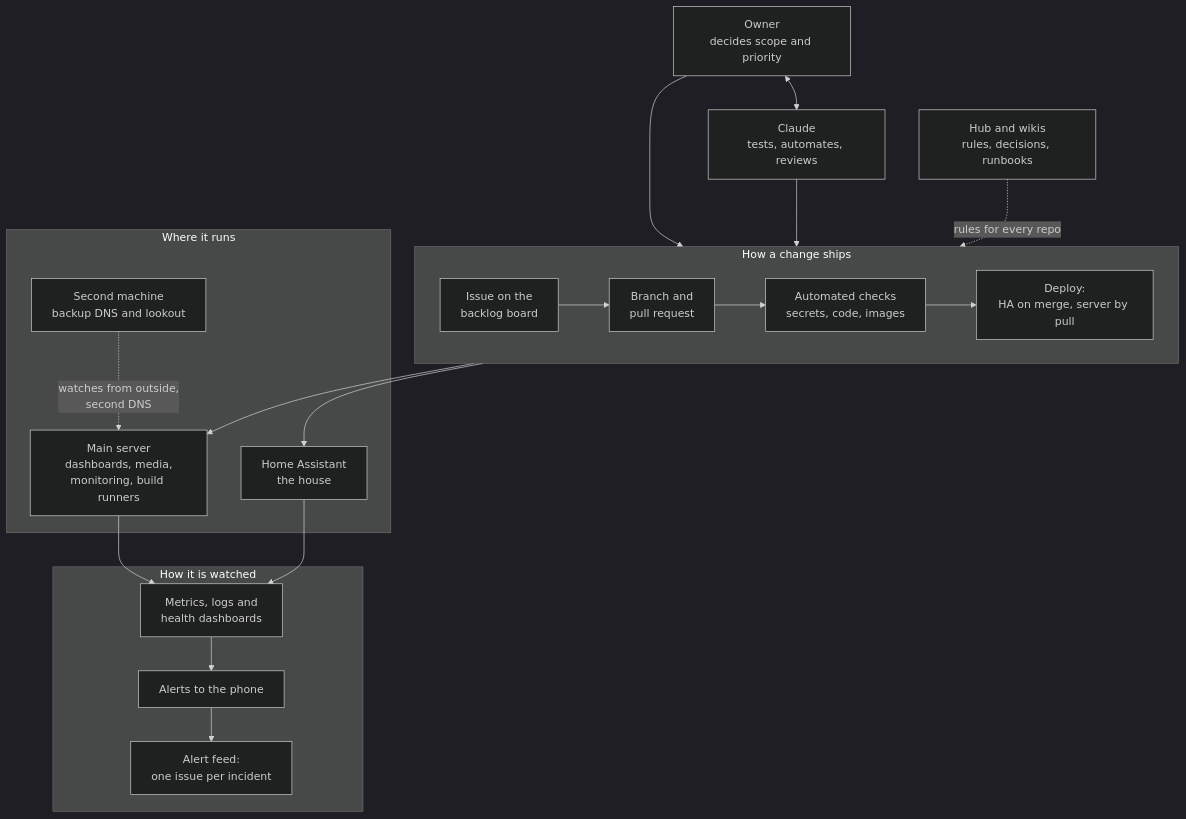
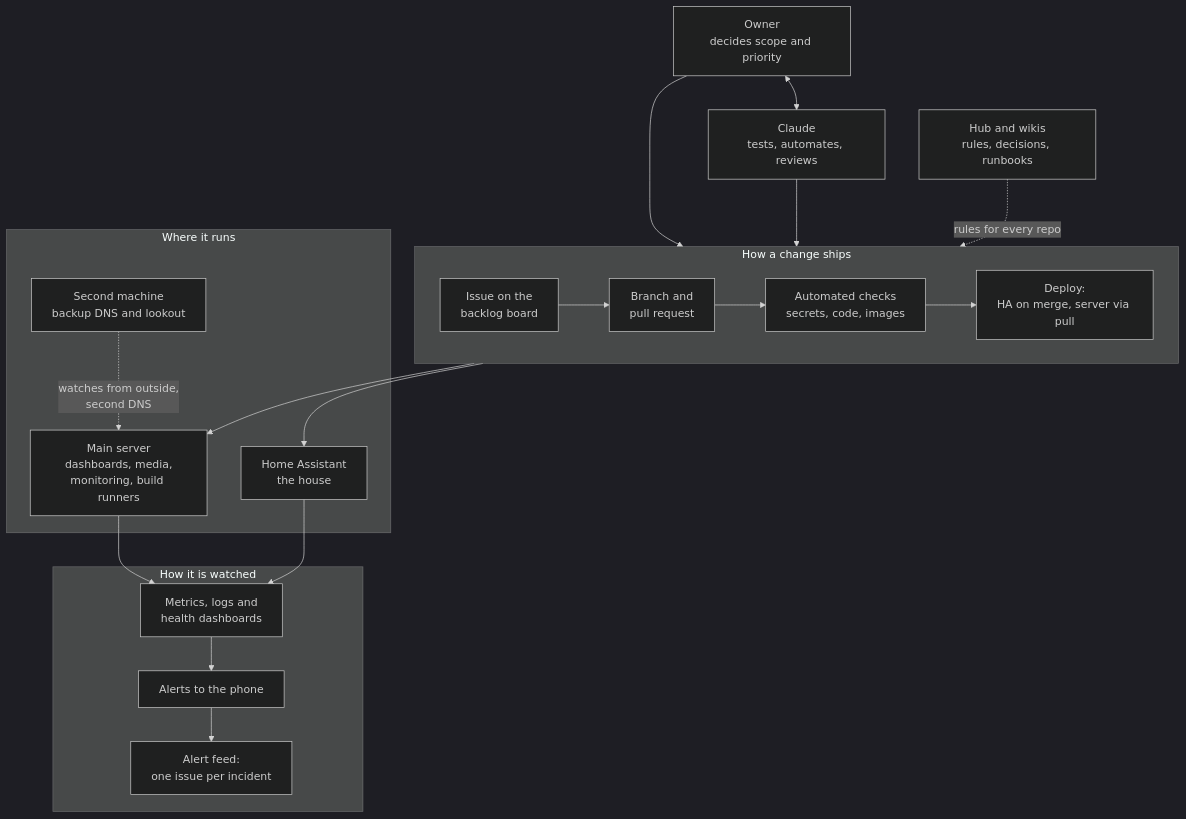
The diagram in README.md (midwest-labs/midwest-labs), drawn with Mermaid (dark theme) before and after one commit. The commit also changed other lines of this file, not shown here.

Commit message:
Fix wording flagged in review

````diff
--- a/README.md
+++ b/README.md
@@ -22,38 +22,38 @@
 ```mermaid
 flowchart TB
     owner["Owner<br/>decides scope and priority"]
     claude["Claude<br/>tests, automates, reviews"]
     owner <--> claude
 
     subgraph change["How a change ships"]
         direction LR
         issue["Issue on the<br/>backlog board"] --> branch["Branch and<br/>pull request"]
         branch --> ci["Automated checks<br/>secrets, code, images"]
-        ci --> deploy["Deploy:<br/>HA on merge, server by pull"]
+        ci --> deploy["Deploy:<br/>HA on merge, server via pull"]
     end
 
     subgraph hosts["Where it runs"]
         ha["Home Assistant<br/>the house"]
         main["Main server<br/>dashboards, media,<br/>monitoring, build runners"]
         backup["Second machine<br/>backup DNS and lookout"]
     end
 
     subgraph watch["How it is watched"]
         mon["Metrics, logs and<br/>health dashboards"]
         alert["Alerts to the phone"]
         feed["Alert feed:<br/>one issue per incident"]
     end
 
     docs["Hub and wikis<br/>rules, decisions, runbooks"]
 
     owner --> issue
     claude --> branch
     deploy --> ha
     deploy --> main
     main --> mon
     ha --> mon
     mon --> alert
     alert --> feed
     backup -. "watches from outside,<br/>second DNS" .-> main
     docs -. "rules for every repo" .-> change
 ```
````
